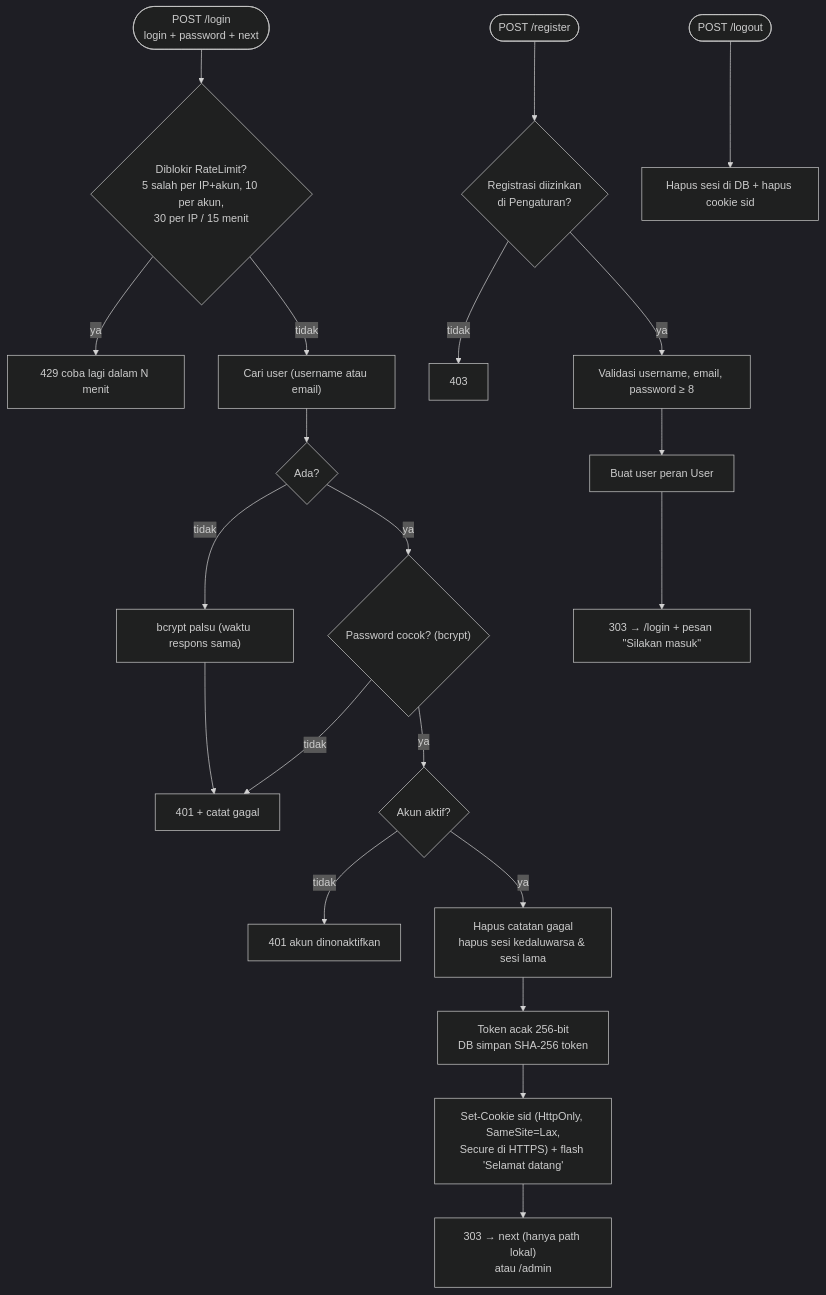
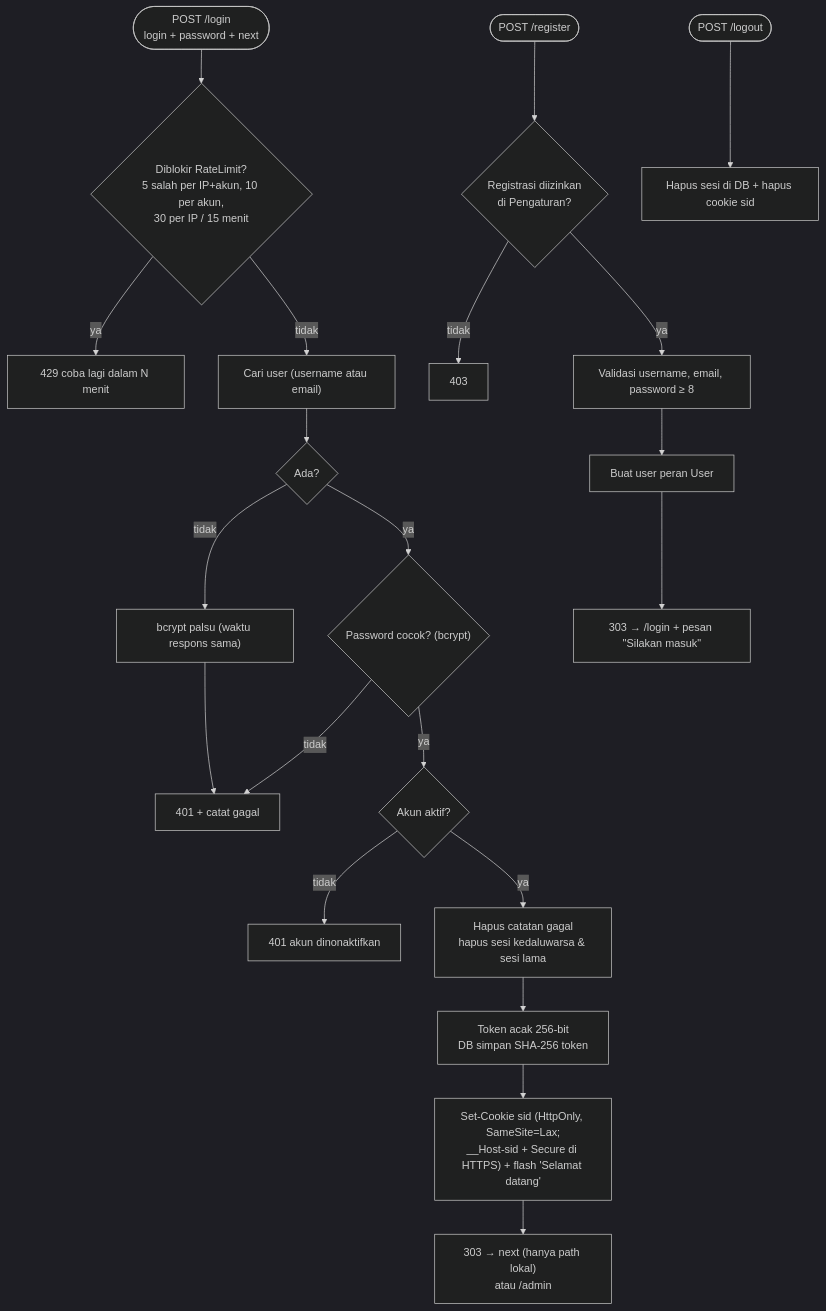
The sixth of 15 diagrams in README.md (alvarezyrh/DCMS), drawn with Mermaid (dark theme) before and after one commit. The commit also changed other lines of this file, not shown here.

````diff
--- a/README.md
+++ b/README.md
@@ -339,23 +358,23 @@
 ```mermaid
 flowchart TD
     L(["POST /login<br/>login + password + next"]) --> RL{"Diblokir RateLimit?<br/>5 salah per IP+akun, 10 per akun,<br/>30 per IP / 15 menit"}
     RL -- ya --> T429["429 coba lagi dalam N menit"]
     RL -- tidak --> FU["Cari user (username atau email)"]
     FU --> FX{"Ada?"}
     FX -- tidak --> DUM["bcrypt palsu (waktu respons sama)"] --> BAD["401 + catat gagal"]
     FX -- ya --> PW{"Password cocok? (bcrypt)"}
     PW -- tidak --> BAD
     PW -- ya --> AC{"Akun aktif?"}
     AC -- tidak --> OFF["401 akun dinonaktifkan"]
     AC -- ya --> OK["Hapus catatan gagal<br/>hapus sesi kedaluwarsa & sesi lama"]
     OK --> TK["Token acak 256-bit<br/>DB simpan SHA-256 token"]
-    TK --> CO["Set-Cookie sid (HttpOnly, SameSite=Lax,<br/>Secure di HTTPS) + flash 'Selamat datang'"]
+    TK --> CO["Set-Cookie sid (HttpOnly, SameSite=Lax;<br/>__Host-sid + Secure di HTTPS) + flash 'Selamat datang'"]
     CO --> NX["303 → next (hanya path lokal)<br/>atau /admin"]
 
     REG(["POST /register"]) --> RA{"Registrasi diizinkan<br/>di Pengaturan?"}
     RA -- tidak --> R403["403"]
     RA -- ya --> RV["Validasi username, email, password ≥ 8"]
     RV --> RU["Buat user peran User"] --> RL2["303 → /login + pesan &quot;Silakan masuk&quot;"]
 
     OUT(["POST /logout"]) --> DS["Hapus sesi di DB + hapus cookie sid"]
 ```
````
